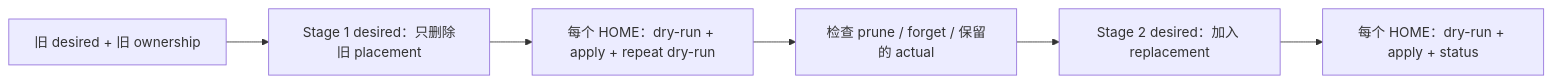
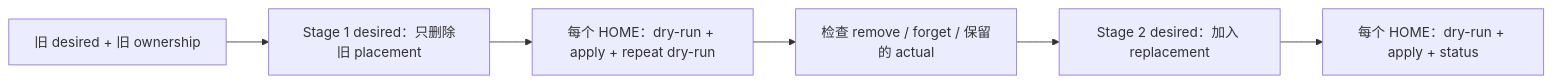
One commit to mianm12/dotfiles changed the diagram in docs/guides/safe-migrations.md. Above: the diagram before and after it, drawn with Mermaid. The commit also changed other lines of this file and 91 other files, not shown here.

````diff
--- a/docs/guides/safe-migrations.md
+++ b/docs/guides/safe-migrations.md
@@ -33,10 +34,10 @@
 ```mermaid
 flowchart LR
     O["旧 desired + 旧 ownership"]
     S1["Stage 1 desired：只删除旧 placement"]
     A1["每个 HOME：dry-run + apply + repeat dry-run"]
-    C["检查 prune / forget / 保留的 actual"]
+    C["检查 remove / forget / 保留的 actual"]
     S2["Stage 2 desired：加入 replacement"]
     A2["每个 HOME：dry-run + apply + status"]
     O --> S1 --> A1 --> C --> S2 --> A2
 ```
````
